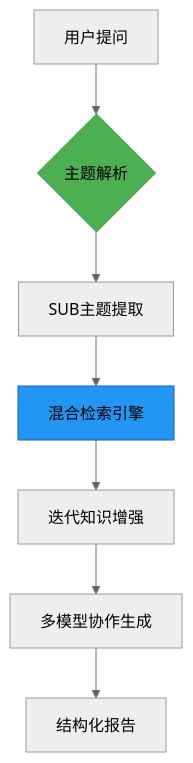
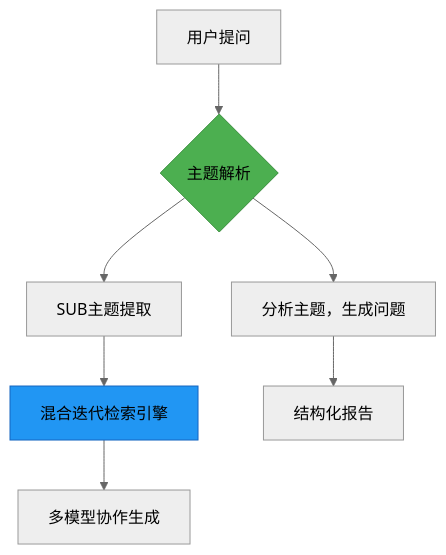
The diagram in README.md (zard1152/Decision-helper), drawn with Mermaid (neutral theme) before and after one commit.

````diff
--- a/README.md
+++ b/README.md
@@ -19,12 +19,12 @@
 ```mermaid
 graph TD
     A[用户提问] --> B{主题解析}
+    B --> F[分析主题，生成问题]
     B --> C[SUB主题提取]
-    C --> D[混合检索引擎]
-    D --> E[迭代知识增强]
-    E --> F[多模型协作生成]
+    C --> D[混合迭代检索引擎]
+    D --> E[多模型协作生成]
     F --> G[结构化报告]
     
     style B fill:#4CAF50,stroke:#388E3C
     style D fill:#2196F3,stroke:#1565C0
 ```
````
